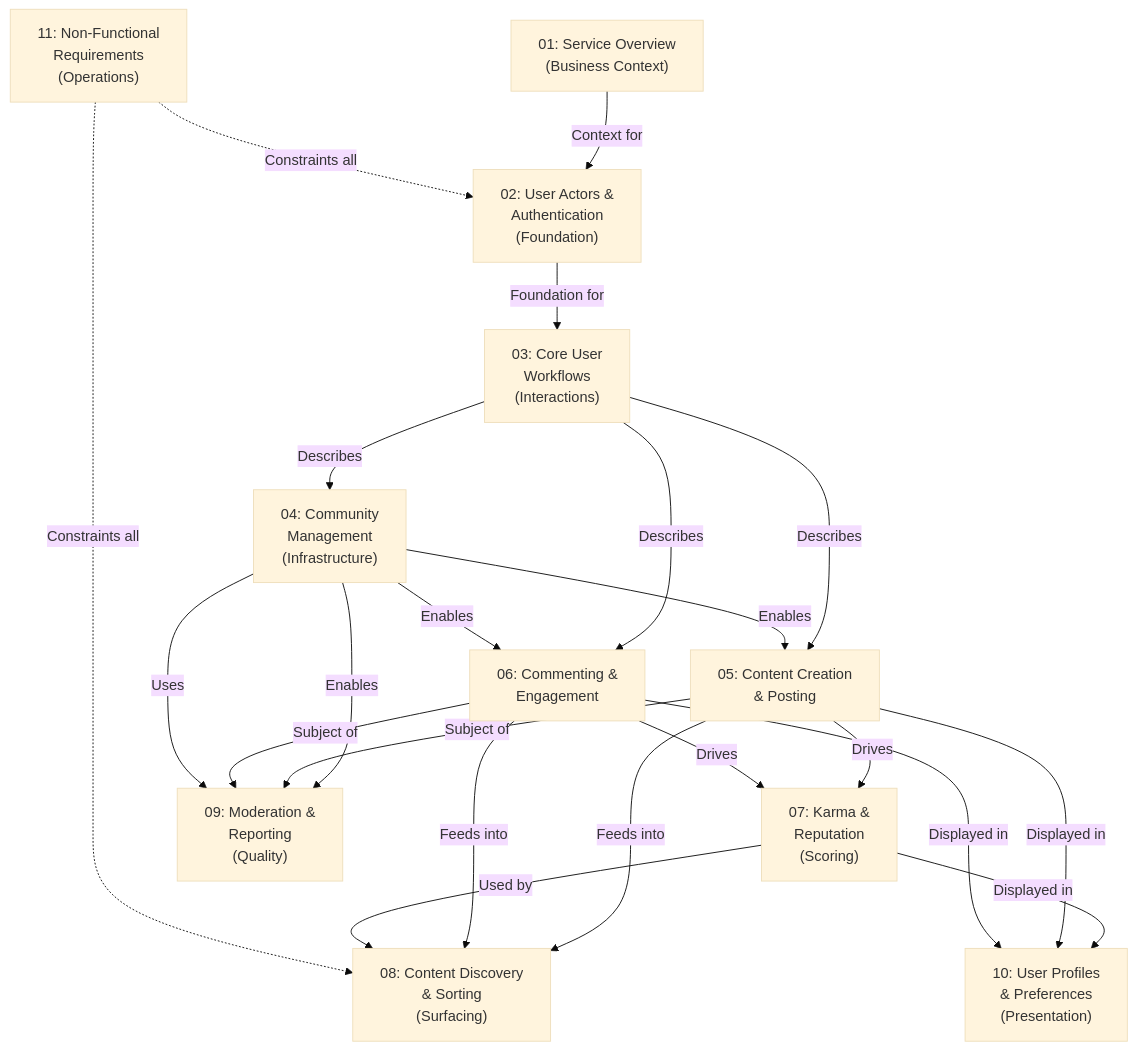
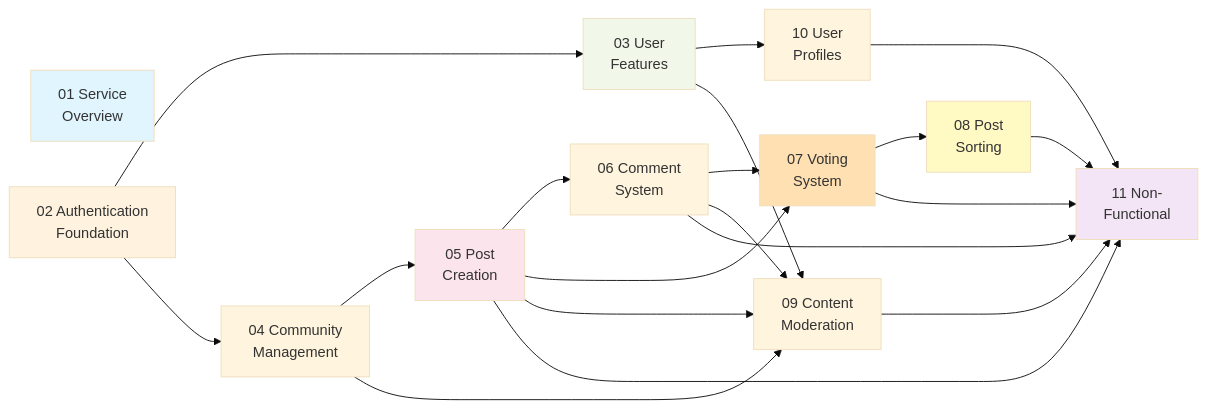
One commit to wrtnlabs/autobe-examples changed the diagram in anthropic/claude-haiku-4.5/reddit/docs/analysis/00-toc.md. Above: the diagram before and after it, drawn with Mermaid (base theme). The commit also changed other lines of this file and 22498 other files, not shown here.

````diff
--- a/anthropic/claude-haiku-4.5/reddit/docs/analysis/00-toc.md
+++ b/anthropic/claude-haiku-4.5/reddit/docs/analysis/00-toc.md
@@ -420,42 +570,41 @@
 ```mermaid
-graph TD
-    A["01: Service Overview<br/>(Business Context)"]
-    B["02: User Actors &<br/>Authentication<br/>(Foundation)"]
-    C["03: Core User<br/>Workflows<br/>(Interactions)"]
-    D["04: Community<br/>Management<br/>(Infrastructure)"]
-    E["05: Content Creation<br/>& Posting"]
-    F["06: Commenting &<br/>Engagement"]
-    G["07: Karma &<br/>Reputation<br/>(Scoring)"]
-    H["08: Content Discovery<br/>& Sorting<br/>(Surfacing)"]
-    I["09: Moderation &<br/>Reporting<br/>(Quality)"]
-    J["10: User Profiles<br/>& Preferences<br/>(Presentation)"]
-    K["11: Non-Functional<br/>Requirements<br/>(Operations)"]
-
-    A -->|"Context for"| B
-    B -->|"Foundation for"| C
-    C -->|"Describes"| D
-    C -->|"Describes"| E
-    C -->|"Describes"| F
+graph LR
+    A["01 Service<br/>Overview"]
+    B["02 Authentication<br/>Foundation"]
+    C["03 User<br/>Features"]
+    D["04 Community<br/>Management"]
+    E["05 Post<br/>Creation"]
+    F["06 Comment<br/>System"]
+    G["07 Voting<br/>System"]
+    H["08 Post<br/>Sorting"]
+    I["09 Content<br/>Moderation"]
+    J["10 User<br/>Profiles"]
+    K["11 Non-<br/>Functional"]
     
-    D -->|"Enables"| E
-    D -->|"Enables"| F
-    D -->|"Enables"| I
+    B --> C
+    B --> D
+    C --> J
+    D --> E
+    E --> F
+    E --> G
+    F --> G
+    G --> H
+    E --> I
+    F --> I
+    D --> I
+    C --> I
+    J --> K
+    G --> K
+    E --> K
+    F --> K
+    H --> K
+    I --> K
     
-    E -->|"Drives"| G
-    F -->|"Drives"| G
-    
-    E -->|"Feeds into"| H
-    F -->|"Feeds into"| H
-    G -->|"Used by"| H
-    
-    G -->|"Displayed in"| J
-    E -->|"Displayed in"| J
-    F -->|"Displayed in"| J
-    
-    E -->|"Subject of"| I
-    F -->|"Subject of"| I
-    D -->|"Uses"| I
-    
-    K -.->|"Constraints all"| B
-    K -.->|"Constraints all"| H
+    style A fill:#e1f5ff
+    style B fill:#fff3e0
+    style K fill:#f3e5f5
+    style C fill:#f1f8e9
+    style E fill:#fce4ec
+    style G fill:#ffe0b2
+    style H fill:#fff9c4
 ```
````
